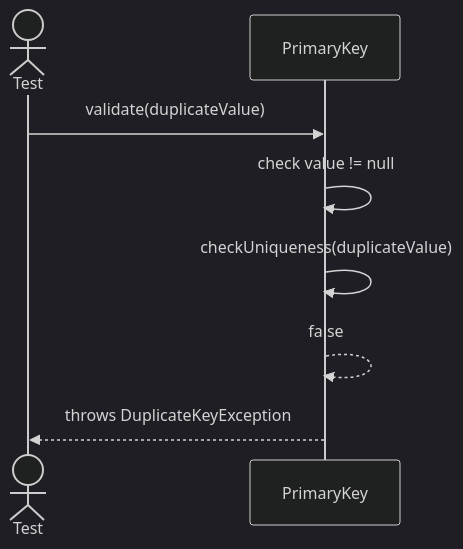
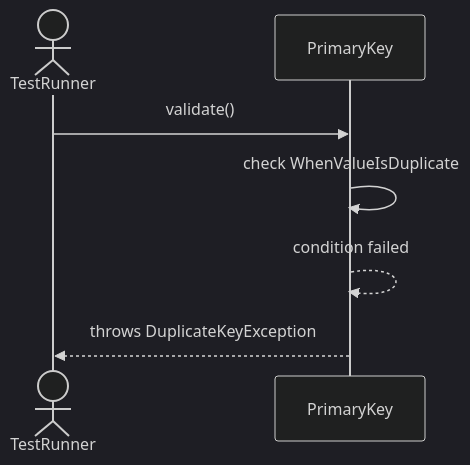
The third of 5 diagrams in Sequences/DatabaseObjectManagement/PrimaryKey.md (TamBui1706/DBMS), drawn with Mermaid (dark theme) before and after one commit. The commit also changed other lines of this file and 63 other files, not shown here.

Commit message:
Draw sequence diagram for unit tests

````diff
--- a/Sequences/DatabaseObjectManagement/PrimaryKey.md
+++ b/Sequences/DatabaseObjectManagement/PrimaryKey.md
@@ -42,11 +40,9 @@
 ```mermaid
 sequenceDiagram
-    actor Test
+    actor TestRunner
     participant PrimaryKey
-
-    Test->>PrimaryKey: validate(duplicateValue)
-    PrimaryKey->>PrimaryKey: check value != null
-    PrimaryKey->>PrimaryKey: checkUniqueness(duplicateValue)
-    PrimaryKey-->>PrimaryKey: false
-    PrimaryKey-->>Test: throws DuplicateKeyException
+    TestRunner->>PrimaryKey: validate()
+    PrimaryKey->>PrimaryKey: check WhenValueIsDuplicate
+    PrimaryKey-->>PrimaryKey: condition failed
+    PrimaryKey-->>TestRunner: throws DuplicateKeyException
 ```
````
